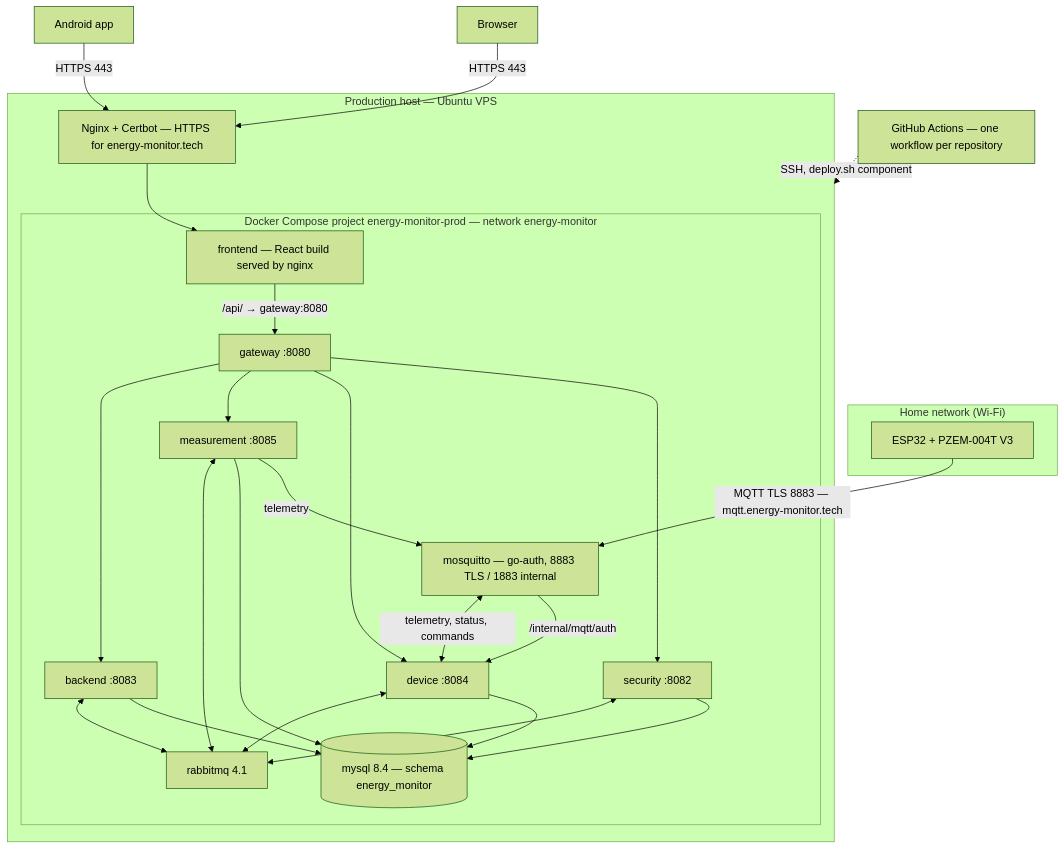
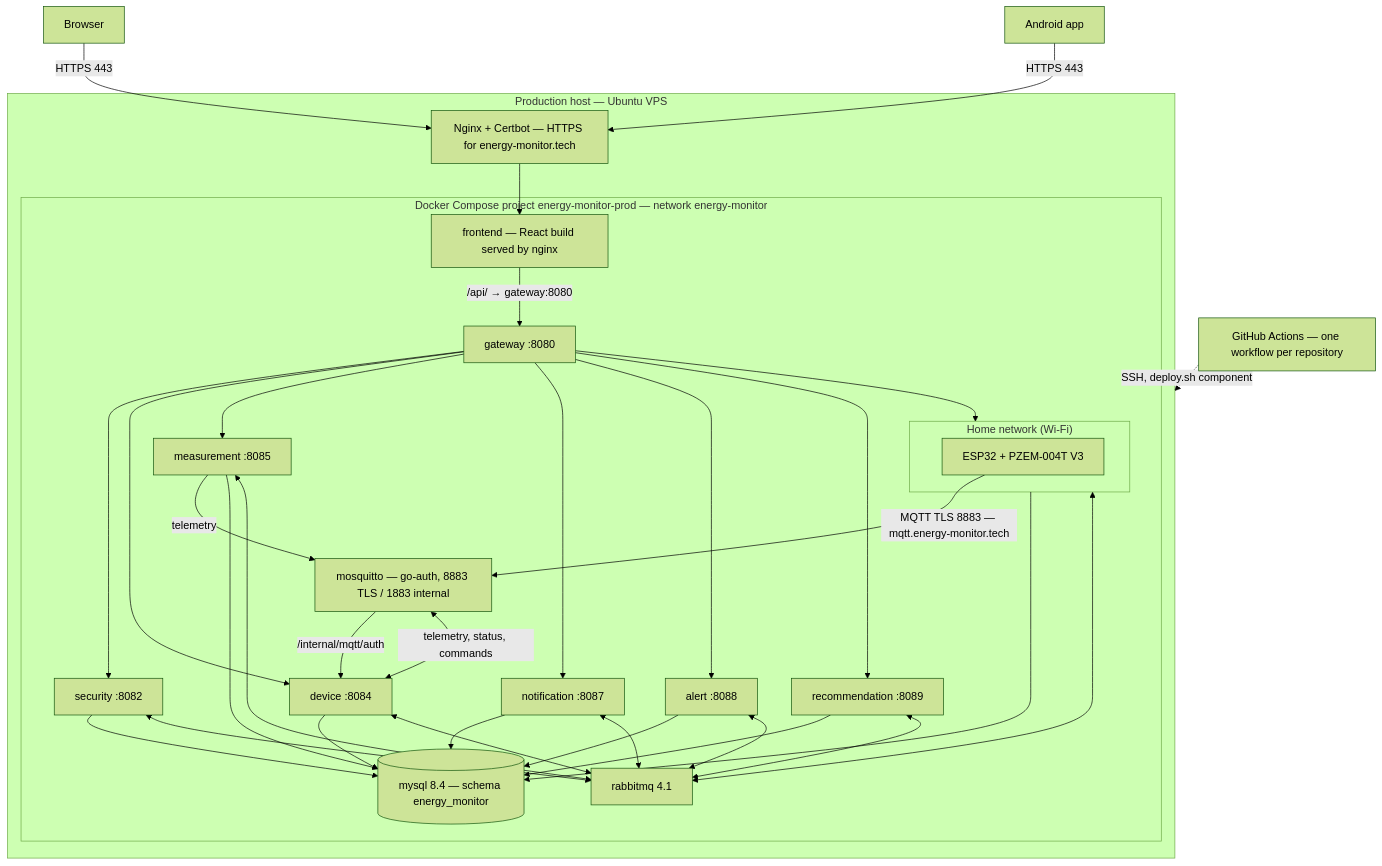
The diagram in 05-architecture/deployment.md (code-sena/en-monitor-docs), drawn with Mermaid (forest theme) before and after one commit. The commit also changed other lines of this file and 12 other files, not shown here.

Commit message:
docs(architecture): describe the final architecture, deployment and decisions after the retirement of the monolith

````diff
--- a/05-architecture/deployment.md
+++ b/05-architecture/deployment.md
@@ -11,37 +11,40 @@
 ```mermaid
 flowchart TB
     subgraph home["Home network (Wi-Fi)"]
         esp[ESP32 + PZEM-004T V3]
     end
 
     subgraph vps["Production host — Ubuntu VPS"]
         nginxhost[Nginx + Certbot — HTTPS for energy-monitor.tech]
         subgraph docker["Docker Compose project energy-monitor-prod — network energy-monitor"]
             web[frontend — React build served by nginx]
             gw[gateway :8080]
             sec[security :8082]
             dev[device :8084]
             meas[measurement :8085]
-            back[backend :8083]
+            home[home :8086]
+            notif[notification :8087]
+            alert[alert :8088]
+            rec[recommendation :8089]
             mqttbroker[mosquitto — go-auth, 8883 TLS / 1883 internal]
             rabbit[rabbitmq 4.1]
             mysql[(mysql 8.4 — schema energy_monitor)]
         end
     end
 
     browser[Browser] -->|HTTPS 443| nginxhost
     android[Android app] -->|HTTPS 443| nginxhost
     nginxhost --> web
     web -->|/api/ → gateway:8080| gw
-    gw --> sec & dev & meas & back
+    gw --> sec & dev & meas & home & notif & alert & rec
 
     esp -->|MQTT TLS 8883 — mqtt.energy-monitor.tech| mqttbroker
     mqttbroker -->|/internal/mqtt/auth| dev
     dev <-->|telemetry, status, commands| mqttbroker
     meas -->|telemetry| mqttbroker
 
-    sec & dev & meas & back --> mysql
-    sec & dev & meas & back <--> rabbit
+    sec & dev & meas & home & notif & alert & rec --> mysql
+    sec & dev & meas & home & notif & alert & rec <--> rabbit
 
     gha[GitHub Actions — one workflow per repository] -.->|SSH, deploy.sh component| vps
 ```
````
